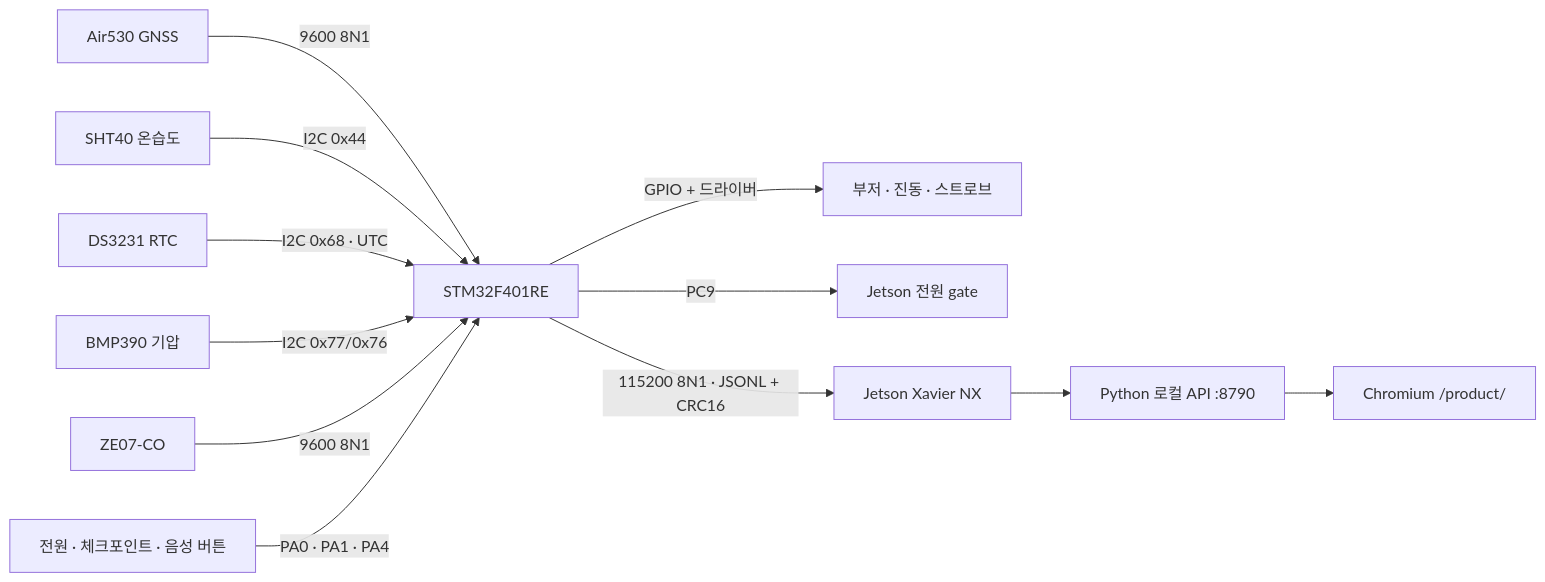
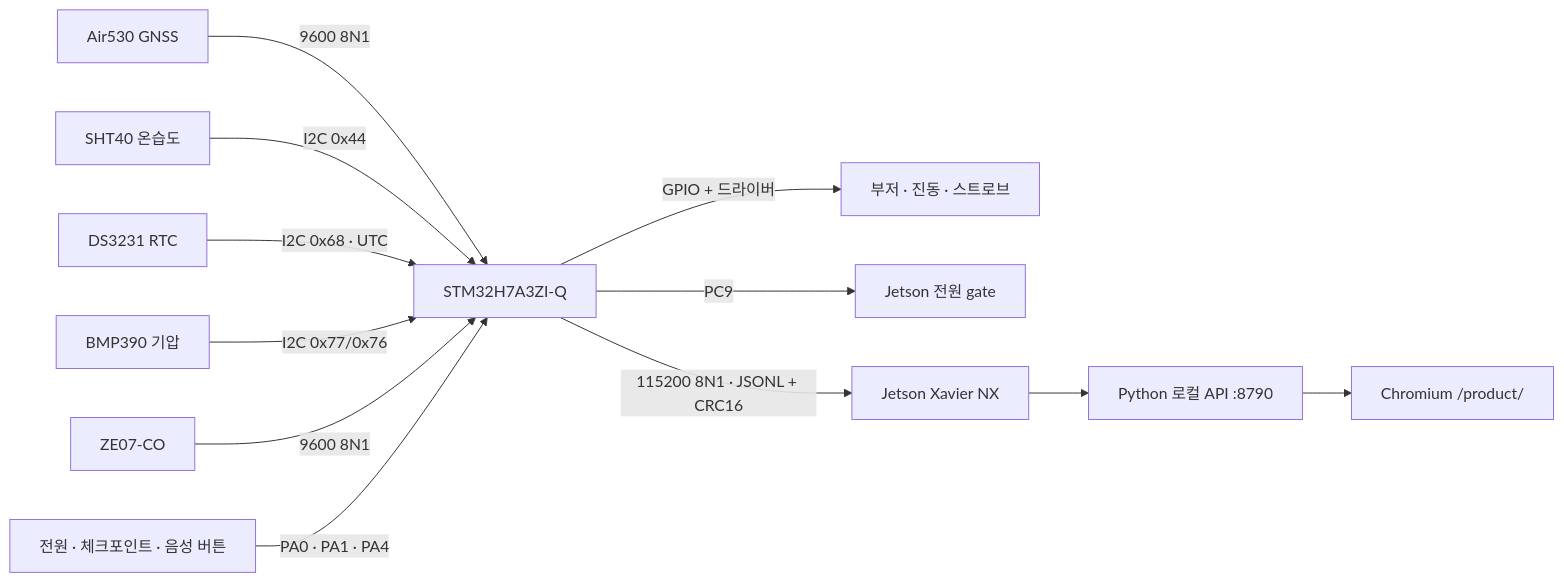
Before and after one commit to 2026-ESW-OGTECH/OGTECH-frontend: the diagram in MAP/STM32_JETSON_SETUP.md, drawn with Mermaid. The commit also changed other lines of this file and 1 other file, not shown here.

First line of the commit message:
문서: STM32 연동 문서를 H7A3ZI-Q와 CubeIDE 빌드 기준으로 갱신

````diff
--- a/MAP/STM32_JETSON_SETUP.md
+++ b/MAP/STM32_JETSON_SETUP.md
@@ -9,14 +9,14 @@
 ```mermaid
 flowchart LR
-  GPS["Air530 GNSS"] -->|"9600 8N1"| STM["STM32F401RE"]
+  GPS["Air530 GNSS"] -->|"9600 8N1"| STM["STM32H7A3ZI-Q"]
   SHT["SHT40 온습도"] -->|"I2C 0x44"| STM
   RTC["DS3231 RTC"] -->|"I2C 0x68 · UTC"| STM
   BMP["BMP390 기압"] -->|"I2C 0x77/0x76"| STM
   CO["ZE07-CO"] -->|"9600 8N1"| STM
   BUTTONS["전원 · 체크포인트 · 음성 버튼"] -->|"PA0 · PA1 · PA4"| STM
   STM -->|"GPIO + 드라이버"| ALARM["부저 · 진동 · 스트로브"]
   STM -->|"PC9"| GATE["Jetson 전원 gate"]
   STM -->|"115200 8N1 · JSONL + CRC16"| JETSON["Jetson Xavier NX"]
   JETSON --> API["Python 로컬 API :8790"]
   API --> UI["Chromium /product/"]
 ```
````
